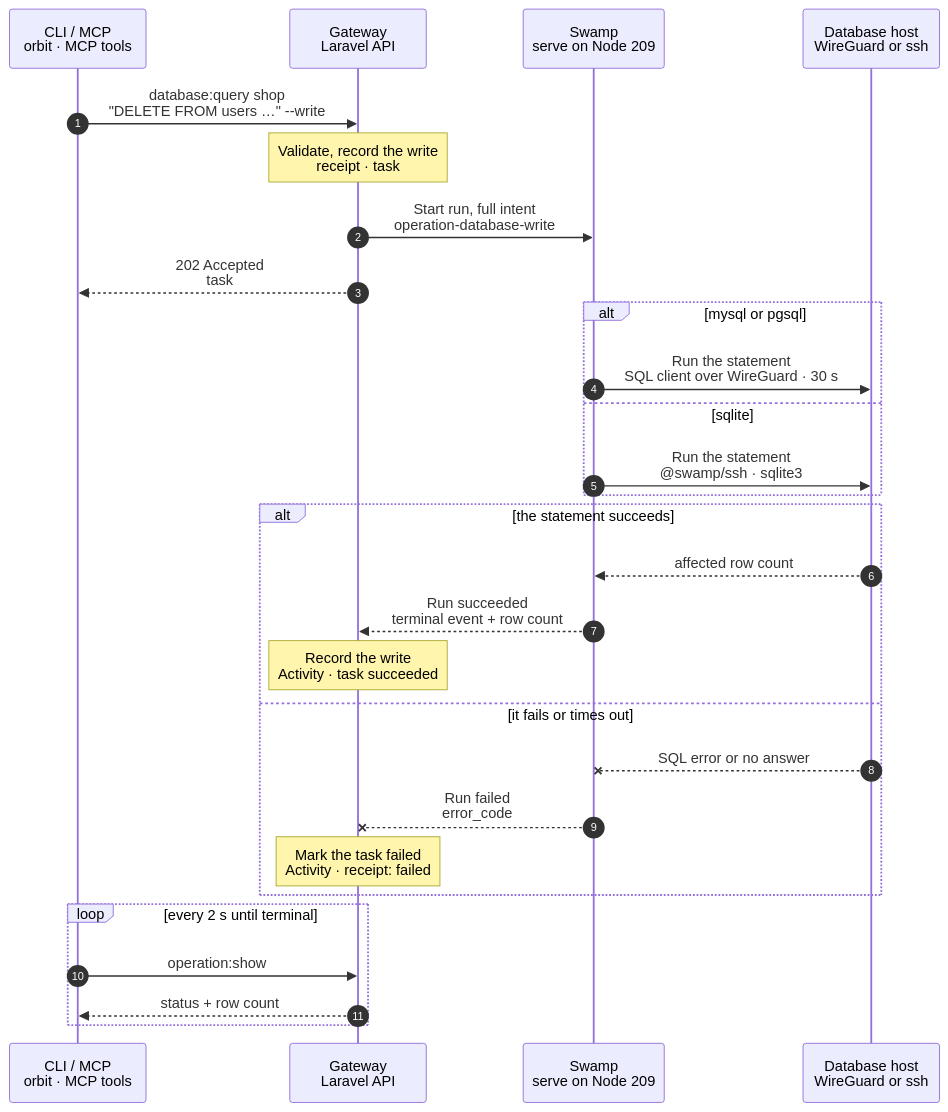
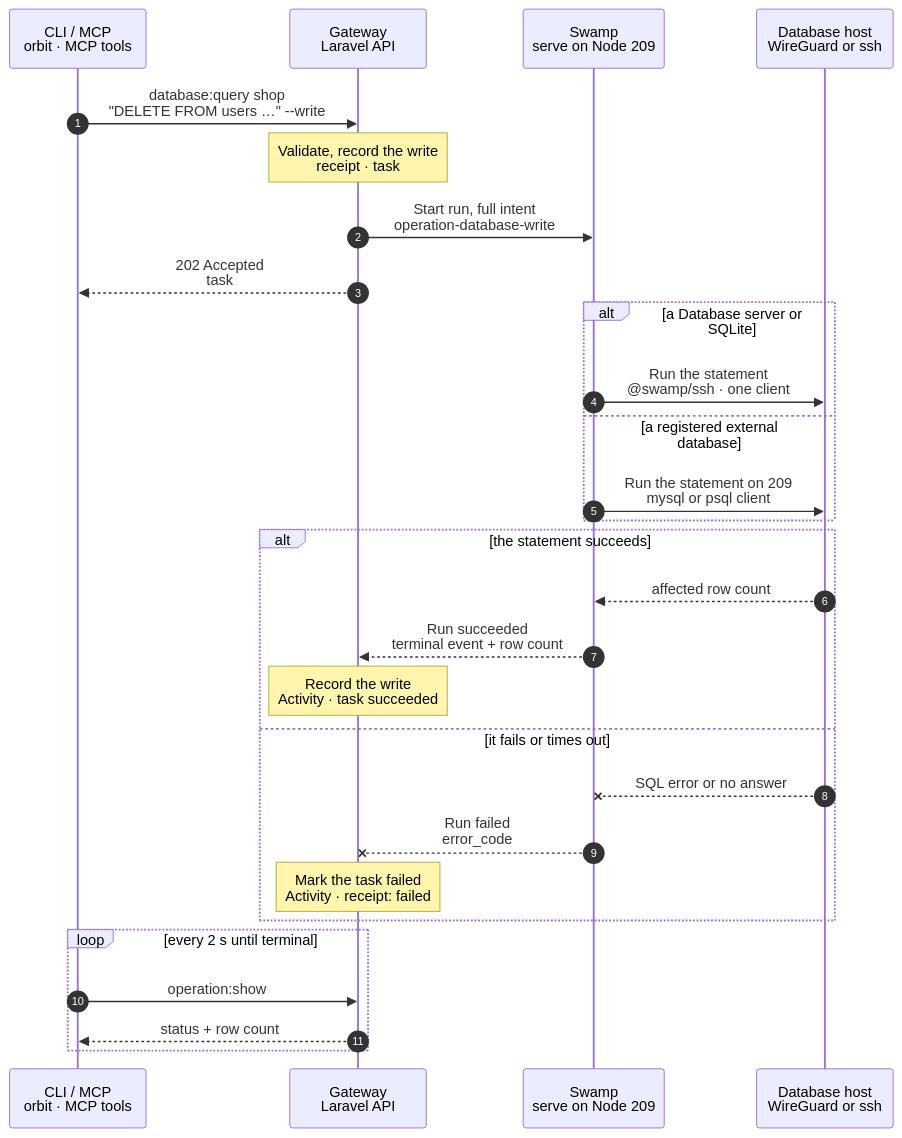
Before and after one commit to hardimpactdev/orbit: the diagram in docs/cli/database/write.mmd, drawn with Mermaid. The commit also changed 25 other files, not shown here.

First line of the commit message:
refactor(databases): database.write runs the read's client and placement, one statement and its row count (rule 22)

```diff
--- a/docs/cli/database/write.mmd
+++ b/docs/cli/database/write.mmd
@@ -1,99 +1,97 @@
 sequenceDiagram
-  %% Target design: coordinator 2026-11-02. Every effect runs in Swamp; same path as database.read. The step on 209 connects to the Database server over WireGuard with the credential from the vault; no SSH hop back to the Gateway Node. SQLite is Node work over @swamp/ssh (R4).
+  %% Target design: coordinator 2026-11-02. Every effect runs in Swamp; same path as database.read. Decided 2026-11-02 (orchestrator, database.read): a Database server's connection runs in its container (Q-DBAUTH), an external connection from 209 with the swamp role's clients, SQLite with sqlite3 on its Node (R4). No shipped script.
   %% status: draft
   %% command: database:query
   %% kind: database.write
   autonumber
   %% lane CLI icon=terminal pill=caller tone=gray
   %% lane GW icon=gateway pill=intent tone=blue
   %% lane SW icon=workflow pill=executes tone=green
   %% lane N icon=server pill=target tone=amber
   participant CLI as CLI / MCP<br/>orbit · MCP tools
   participant GW as Gateway<br/>Laravel API
   participant SW as Swamp<br/>serve on Node 209
   participant N as Database host<br/>WireGuard or ssh
   CLI->>GW: database:query shop<br/>"DELETE FROM users …" --write
   %%> Command:
   %%> - `orbit database:query shop "DELETE FROM users WHERE id = 1" --write`
   %%> - syntax: `<slug> <sql> [--write] [--idempotency-key=KEY] [--json]`
   %%> Input:
   %%> - the slug of a registered Database connection, and one SQL statement of at most 16384 characters
   %%> - `--write` allows a write statement; it is permission, not proof that rows changed
   %%> Lost answer:
   %%> - repeat with the same `--idempotency-key`; the Gateway returns the same task and doesn't write again
   Note over GW: Validate, record the write<br/>receipt · task #5171
   %%> Requirements:
   %%> - your Node has an access grant to Node 12, which runs Database server app-mysql
   %%> - `--write` is set; write SQL without it is refused with `database.write_required`
   %%> - exactly one statement (`database.sql_multiple_statements`)
   %%> - the driver is mysql, pgsql or sqlite; redis has no SQL
   %%> - for sqlite: the connection has a Node, or the Gateway refuses with `database.sqlite_node_required`
   %%> Where the credential lives:
-  %%> - the Gateway stores the connection's password encrypted, and keeps its execution copy in the Swamp vault under the connection's key, `database-connection-shop` (R3)
+  %%> - the Gateway stores the connection's password encrypted; at start it copies the password line and the statement into the Swamp vault as one value, `database-write-intent-5171` (R3)
   %%> - SQLite has no credential
   %%> Result:
   %%> - the idempotency receipt is recorded before anything is sent
   %%> - task #5171 recorded with the full intent; the lock for connection shop, so two writes don't overlap
   GW->>SW: Start run, full intent<br/>operation-database-write
   %%> What it does:
   %%> - starts one Swamp run on serve (Node 209)
   %%> Inputs:
-  %%> - the statement, the driver, and the server's WireGuard address and port
-  %%> - the vault key name of the credential, never the value
-  %%> - for sqlite: the file path, its owner, and Node 12's address and SSH host keys
+  %%> - the client argv the Gateway built for the driver, and the host's address and SSH host keys
+  %%> - the vault key name of the password and statement, never the value
   GW-->>CLI: 202 Accepted<br/>task #5171
   %%> What you get:
   %%> - the task number, at once
   %%> Next:
   %%> - the CLI waits with progress, as for other tasks; a write is a short run, usually a few seconds
-  alt mysql or pgsql
-    SW->>N: Run the statement<br/>SQL client over WireGuard · 30 s
-    %%> Who can reach the server:
-    %%> - a Database server binds only Node 12's WireGuard and LAN addresses; 209 is a WireGuard peer, so the step reaches the port directly
+  alt a Database server or SQLite
+    SW->>N: Run the statement<br/>@swamp/ssh · one client
     %%> How:
-    %%> - the step on 209 reads the credential with `vault.get` and opens the connection's own login, never the server's root login
-    %%> - multiple statements are off in the driver, and the statement has a 30 s timeout
-    %%> Not included:
-    %%> - no SSH hop: the old run went from 209 back to the Gateway Node to run the statement there
-  else sqlite
-    SW->>N: Run the statement<br/>@swamp/ssh · sqlite3
+    %%> - Swamp reaches the host over SSH from 209 with the official `@swamp/ssh` behavior; the SSH identity comes from the `swamp` role
+    %%> - stdin is one vault value: the password as the first line, then the statement (Q-DBAUTH); SQLite has no password line
+    %%> Where it runs:
+    %%> - on a Database server: one `docker exec -i` into its container on Node 12, as the connection's own user, never root
+    %%> - on SQLite: `sqlite3 -safe` on the file's Node, as the file's owner; it cannot attach, write other files or run shell commands
+  else a registered external database
+    SW->>N: Run the statement on 209<br/>mysql or psql client
     %%> How:
-    %%> - Swamp reaches Node 12 over SSH from 209 with the official `@swamp/ssh` behavior; the SSH identity comes from the `swamp` role
-    %%> What it does:
-    %%> - runs the one statement as the file's owner and returns the changed row count
+    %%> - the `mysql` or `psql` client on 209, which the `swamp` role installs; 209 reaches the host directly, with no SSH hop
   end
+  %%> Both:
+  %%> - a 30 s limit; the client prints the affected row count after the statement, and its output stops at 64 KiB
   alt the statement succeeds
     N-->>SW: affected row count
     %%> Returns:
     %%> - the number of rows the server reports; no result rows
     SW-->>GW: Run succeeded<br/>terminal event + row count
     %%> How the Gateway learns it:
     %%> - the row count comes back as the run's terminal result; its shared run reader sees it; Swamp never calls the Gateway
     Note over GW: Record the write<br/>Activity · task succeeded
     %%> Result:
     %%> - task #5171 succeeds with `write: true` and the row count
     %%> - an Activity entry with the connection, your Node, the leading verb, the statement's SHA-256 and the row count
     %%> - the SQL text is not stored, because it can hold data or secrets
   else it fails or times out
     N--xSW: SQL error or no answer
     %%> When:
     %%> - the server refuses the statement, or gives no answer within 30 s
     SW--xGW: Run failed<br/>error_code
     %%> The Gateway reads:
     %%> - a bounded error code, without SQL output or the password
     Note over GW: Mark the task failed<br/>Activity · receipt: failed
     %%> Result:
     %%> - `database.query_failed` when the server refused it; nothing changed
     %%> - `database.write_outcome_unknown` after a timeout or a lost connection; the write may have happened
     %%> Retry:
     %%> - Swamp never repeats a write by itself
     %%> - check the data first after an unknown outcome; a new key runs the statement again
   end
   loop every 2 s until terminal
     CLI->>GW: operation:show #5171
     %%> What it does:
     %%> - asks for the task's status every 2 seconds until it has ended
     GW-->>CLI: status + row count
     %%> Returns:
     %%> - the current status, and the row count once the task has ended
   end
```
